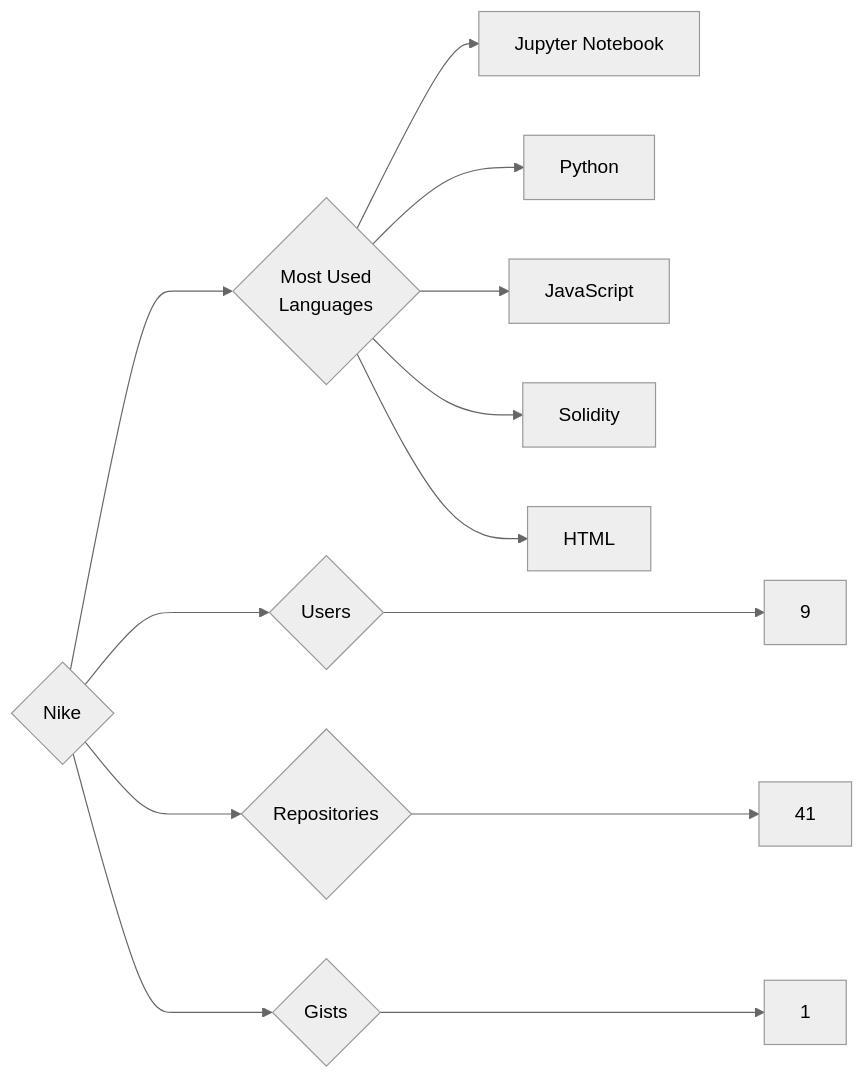
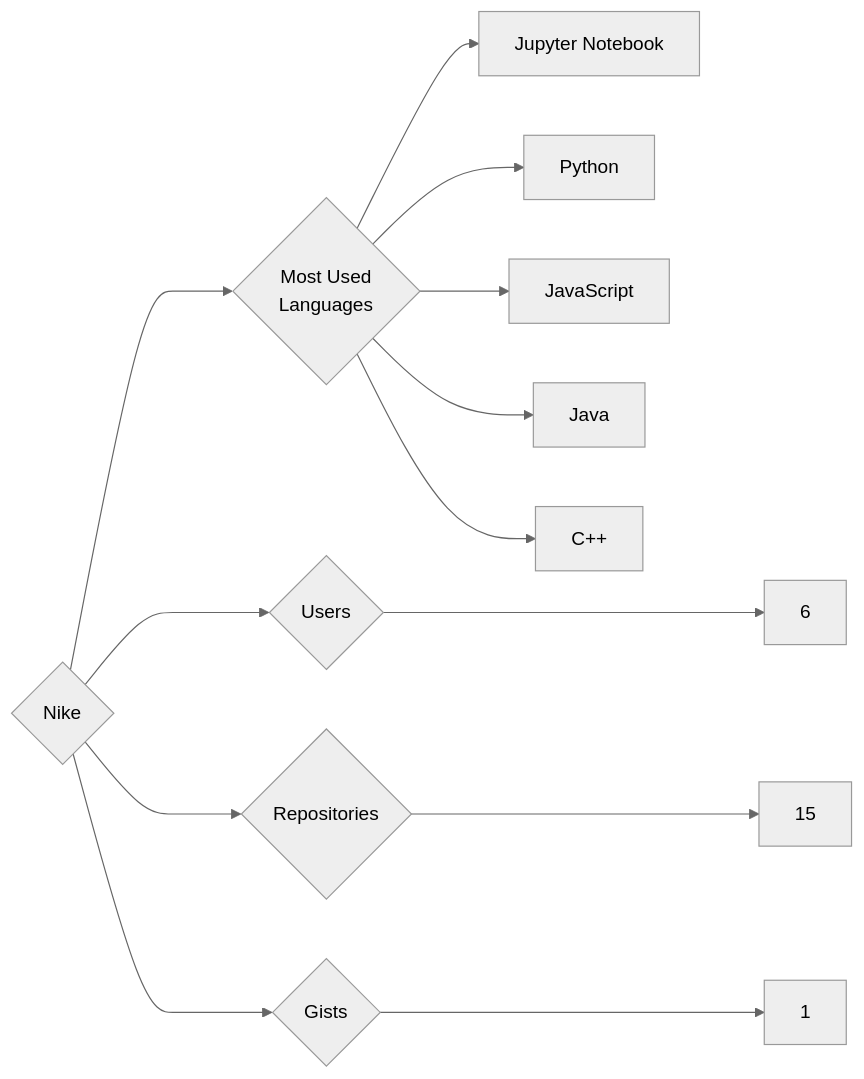
The diagram in targets/Nike/README.md (trickest/insiders), drawn with Mermaid (neutral theme) before and after one commit. The commit also changed 1479 other files, not shown here.

````diff
--- a/targets/Nike/README.md
+++ b/targets/Nike/README.md
@@ -3,13 +3,13 @@
 ```mermaid
 graph LR
 COMPANY_NAME{Nike}
-COMPANY_NAME ---> U{Users} ---> UN[9]
-COMPANY_NAME ---> R{Repositories} ---> RN[41]
+COMPANY_NAME ---> U{Users} ---> UN[6]
+COMPANY_NAME ---> R{Repositories} ---> RN[15]
 COMPANY_NAME ---> G{Gists} ---> GN[1]
 COMPANY_NAME ---> ML{Most Used<br>Languages}
 ML --> Jupyter_Notebook[Jupyter Notebook]
 ML --> Python[Python]
 ML --> JavaScript[JavaScript]
-ML --> Solidity[Solidity]
-ML --> HTML[HTML]
+ML --> Java[Java]
+ML --> C++[C++]
 ```
````
